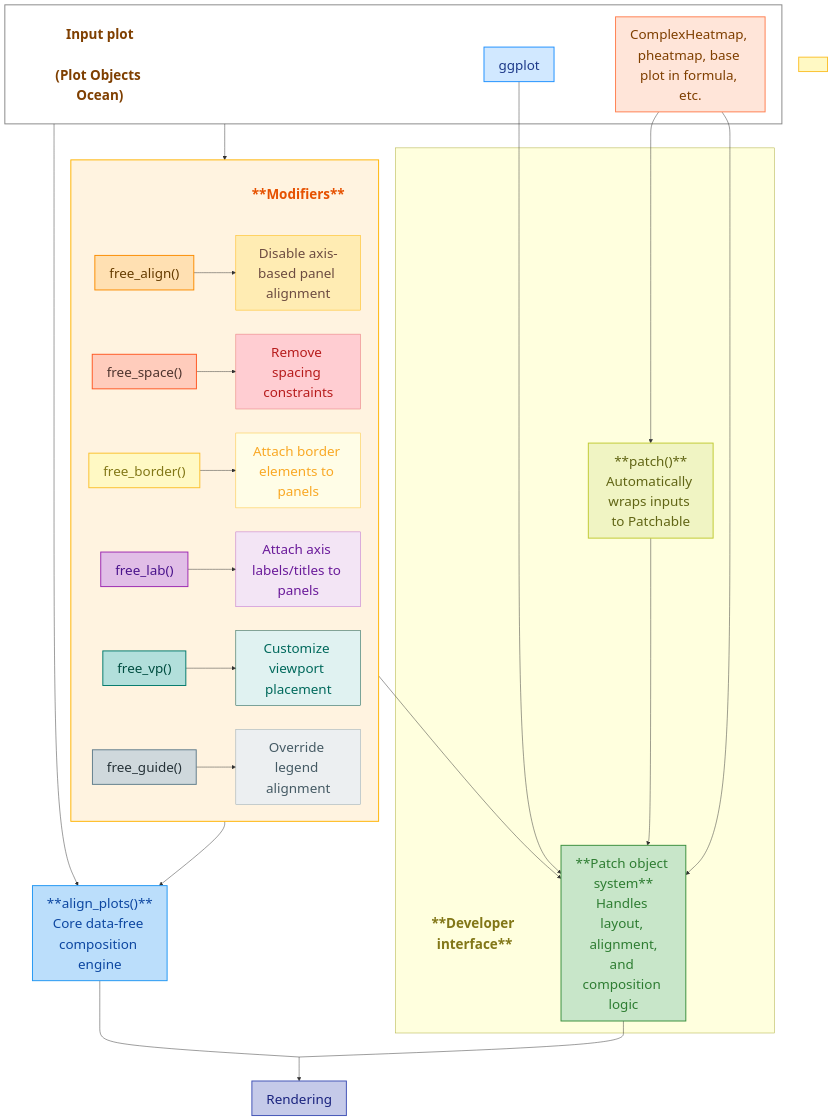
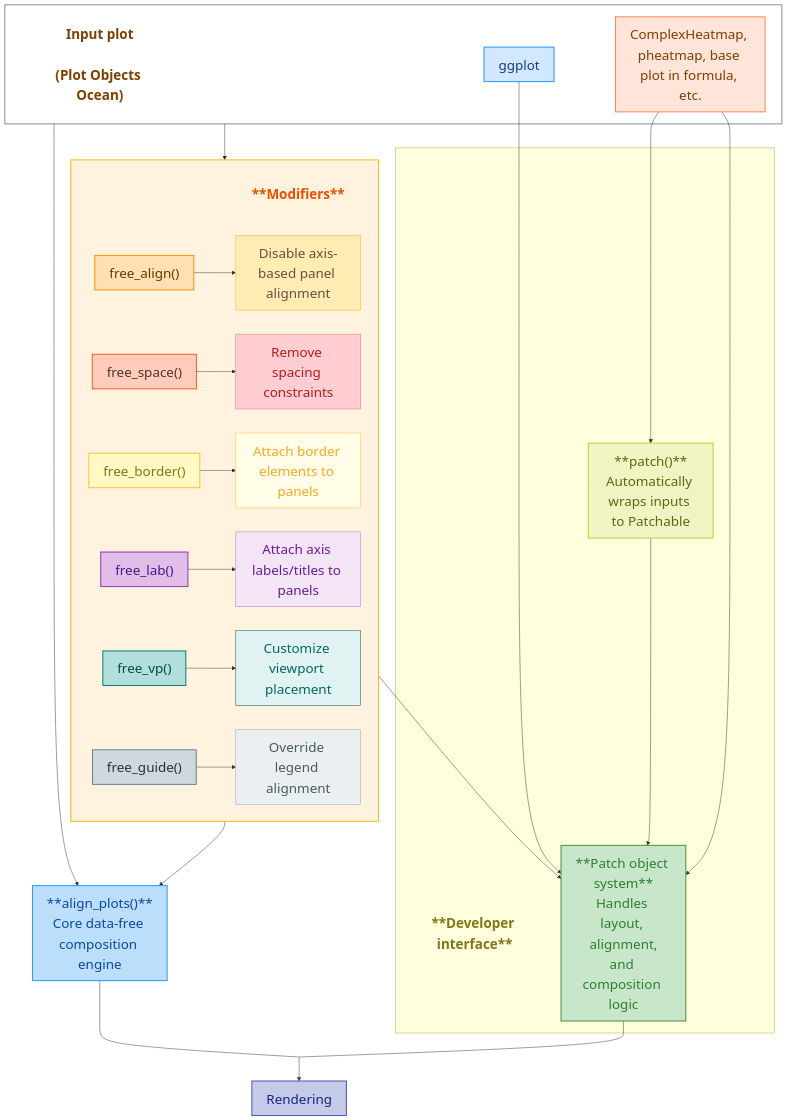
Before and after one commit to Yunuuuu/ggalign-book: the first of 2 diagrams in introduction.qmd, drawn with Mermaid.

Commit message:
remove unused node

````diff
--- a/introduction.qmd
+++ b/introduction.qmd
@@ -164,6 +164,5 @@
     style Align fill:#BBDEFB,stroke:#2196F3,stroke-width:2px,color:#0D47A1,font-size:28px
     style Modifiers fill:#FFF3E0,stroke:#FFB300,stroke-width:2px,color:#E65100,font-size:0px
     style Render fill:#C5CAE9,stroke:#3F51B5,stroke-width:2px,color:#1A237E,font-size:28px
-    style Internal fill:#FFF9C4,stroke:#FBC02D,stroke-width:2px,color:#827717,font-size:0px
 
 ```
````
